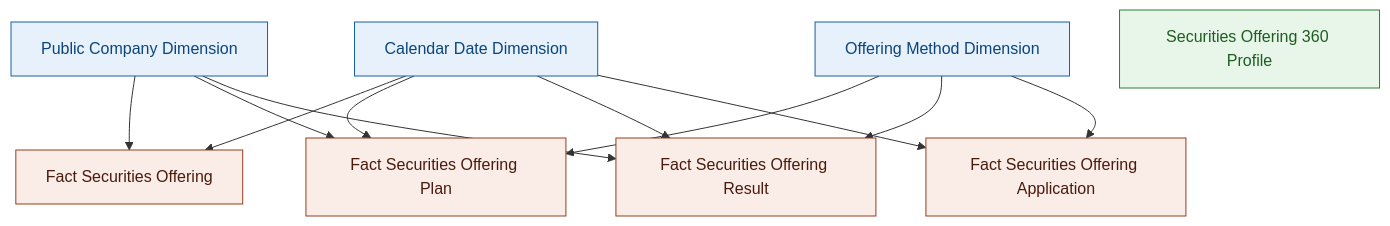
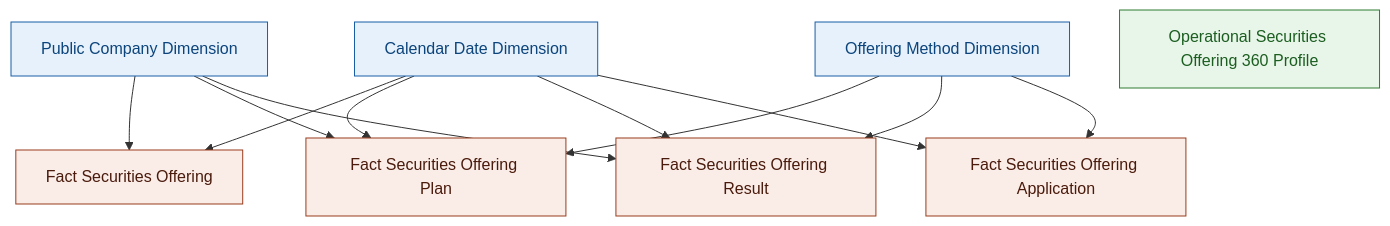
Before and after one commit to linhlvit/ubck_atomic_design: diagram 22 of 22 in Datamart/hld/DTM_QLCB_HLD.md, drawn with Mermaid. The commit also changed other lines of this file and 62 other files, not shown here.

````diff
--- a/Datamart/hld/DTM_QLCB_HLD.md
+++ b/Datamart/hld/DTM_QLCB_HLD.md
@@ -1058,31 +1058,31 @@
 ```mermaid
 graph TB
     classDef dim fill:#E6F1FB,stroke:#185FA5,color:#0C447C
     classDef fact fill:#FAECE7,stroke:#993C1D,color:#4A1B0C
     classDef oper fill:#E8F5E9,stroke:#2E7D32,color:#1B5E20
 
     DIM_DATE["Calendar Date Dimension"]:::dim
     DIM_COMPANY["Public Company Dimension"]:::dim
     DIM_OFFRMETHOD["Offering Method Dimension"]:::dim
 
     FACT_OFF["Fact Securities Offering"]:::fact
     FACT_PLAN["Fact Securities Offering Plan"]:::fact
     FACT_RESULT["Fact Securities Offering Result"]:::fact
     FACT_APP["Fact Securities Offering Application"]:::fact
 
-    OPR_OFF["Securities Offering 360 Profile"]:::oper
+    OPR_OFF["Operational Securities Offering 360 Profile"]:::oper
 
     DIM_DATE --> FACT_OFF
     DIM_COMPANY --> FACT_OFF
 
     DIM_DATE --> FACT_PLAN
     DIM_COMPANY --> FACT_PLAN
     DIM_OFFRMETHOD --> FACT_PLAN
 
     DIM_DATE --> FACT_RESULT
     DIM_COMPANY --> FACT_RESULT
     DIM_OFFRMETHOD --> FACT_RESULT
 
     DIM_DATE --> FACT_APP
     DIM_OFFRMETHOD --> FACT_APP
 ```
````
